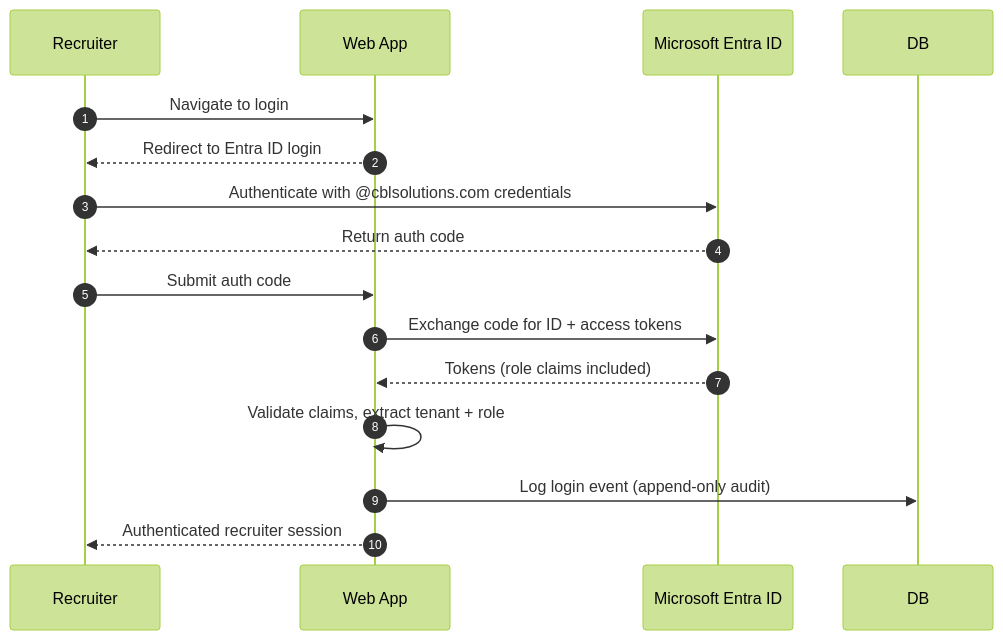
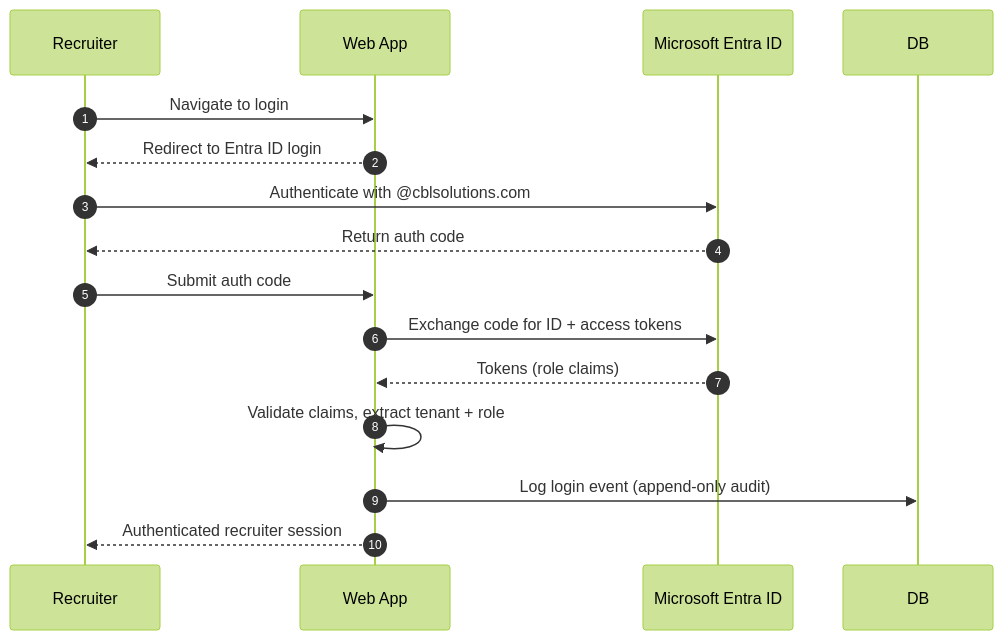
Before and after one commit to vivek-dataskate/CBLAeroApp: the third of 5 diagrams in _bmad-output/architecture.md, drawn with Mermaid (forest theme). The commit also changed other lines of this file and 14 other files, not shown here.

Commit message:
docs(condense): shrink canonical docs ~49%, consolidate schema.sql from live DB, merge UI standards

````diff
--- a/_bmad-output/architecture.md
+++ b/_bmad-output/architecture.md
@@ -644,18 +333,17 @@
 ```mermaid
 sequenceDiagram
   autonumber
   participant R as Recruiter
   participant W as Web App
   participant E as Microsoft Entra ID
-
   R->>W: Navigate to login
   W-->>R: Redirect to Entra ID login
-  R->>E: Authenticate with @cblsolutions.com credentials
+  R->>E: Authenticate with @cblsolutions.com
   E-->>R: Return auth code
   R->>W: Submit auth code
   W->>E: Exchange code for ID + access tokens
-  E-->>W: Tokens (role claims included)
+  E-->>W: Tokens (role claims)
   W->>W: Validate claims, extract tenant + role
   W->>DB: Log login event (append-only audit)
   W-->>R: Authenticated recruiter session
 ```
````
